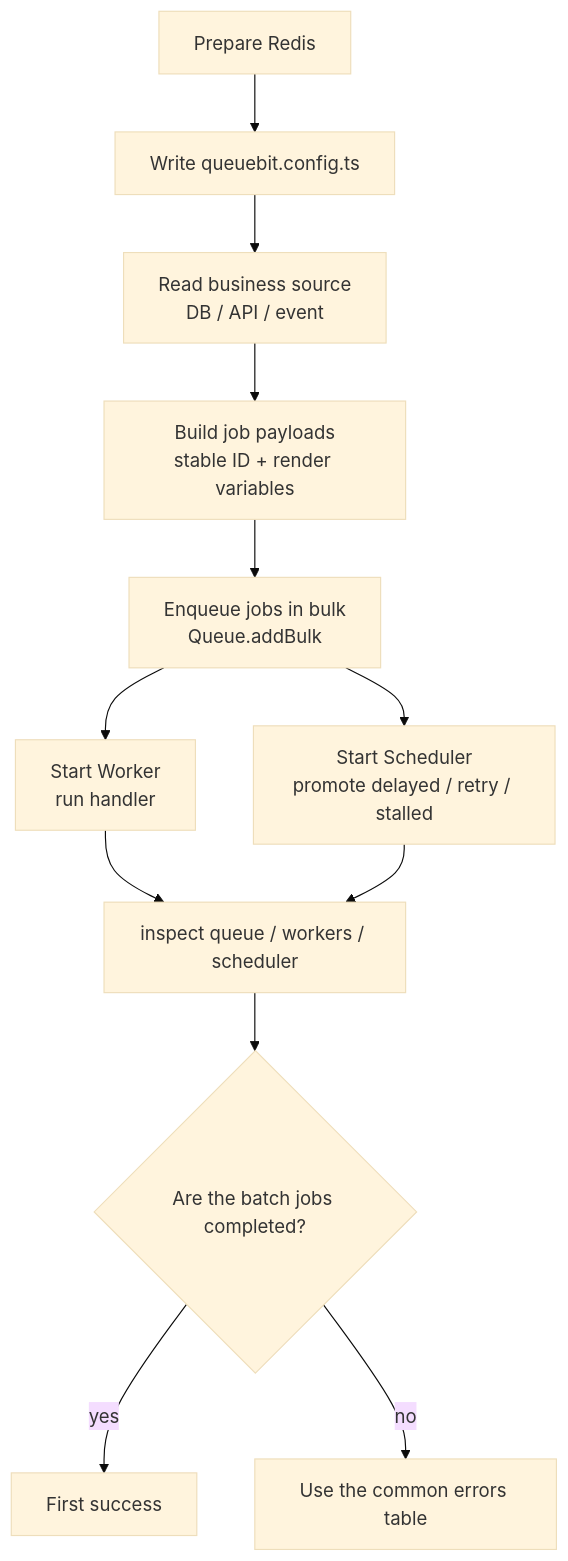
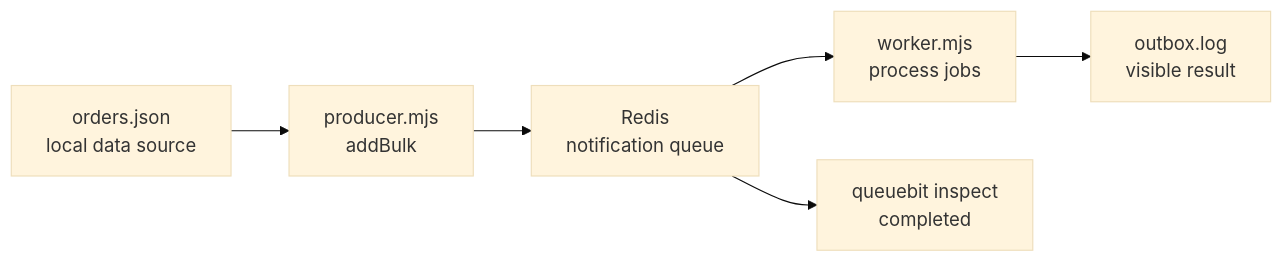
The diagram in docs/en/quick-start.md (vextjs/queuebit), drawn with Mermaid (base theme) before and after one commit. The commit also changed other lines of this file and 169 other files, not shown here.

````diff
--- a/docs/en/quick-start.md
+++ b/docs/en/quick-start.md
@@ -25,14 +15,8 @@
 ```mermaid
-flowchart TD
-  Start["Prepare Redis"] --> Config["Write queuebit.config.ts"]
-  Config --> Source["Read business source<br/>DB / API / event"]
-  Source --> Payload["Build job payloads<br/>stable ID + render variables"]
-  Payload --> Producer["Enqueue jobs in bulk<br/>Queue.addBulk"]
-  Producer --> Worker["Start Worker<br/>run handler"]
-  Producer --> Scheduler["Start Scheduler<br/>promote delayed / retry / stalled"]
-  Worker --> Inspect["inspect queue / workers / scheduler"]
-  Scheduler --> Inspect
-  Inspect --> Done{"Are the batch jobs completed?"}
-  Done -- "yes" --> Success["First success"]
-  Done -- "no" --> Triage["Use the common errors table"]
+flowchart LR
+  Source["orders.json<br/>local data source"] --> Producer["producer.mjs<br/>addBulk"]
+  Producer --> Redis["Redis<br/>notification queue"]
+  Redis --> Worker["worker.mjs<br/>process jobs"]
+  Worker --> Result["outbox.log<br/>visible result"]
+  Redis --> Inspect["queuebit inspect<br/>completed"]
 ```
````
